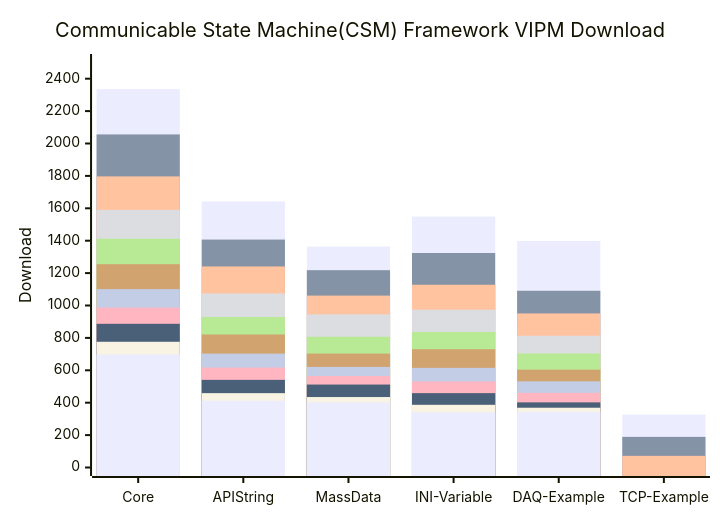
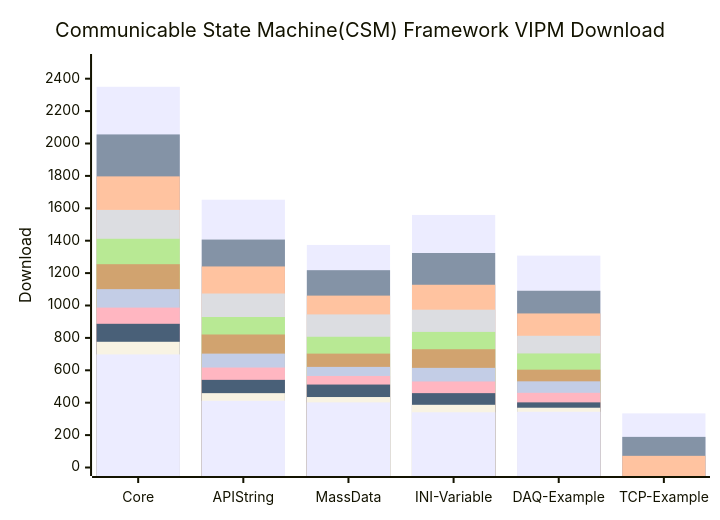
The diagram in profile/README.md (NEVSTOP-LAB/.github), drawn with Mermaid before and after one commit.

````diff
--- a/profile/README.md
+++ b/profile/README.md
@@ -31,17 +31,17 @@
 ```mermaid
     xychart-beta
     title "Communicable State Machine(CSM) Framework VIPM Download"
     x-axis [Core, API String, MassData, INI-Variable, DAQ-Example, TCP-Example]
     y-axis "Download" 0 --> 2500
-    bar   [2336, 1642, 1364, 1549, 1398, 327]
+    bar   [2350, 1653, 1374, 1559, 1308, 334]
     bar   [2056, 1407, 1218, 1324, 1091, 189]
     bar   [1797, 1241, 1061, 1128, 951, 72]
     bar   [1590, 1074, 945, 974, 813]
     bar   [1412, 929, 807, 837, 704]
     bar   [1255, 821, 703, 730, 604]
     bar   [1101, 703, 621, 615, 532]
     bar   [987, 617, 565, 531, 461]
     bar   [887, 541, 512, 459, 402]
     bar   [776, 459, 435, 387, 369]
     bar   [698, 412, 402, 341, 344]
 ```
````
